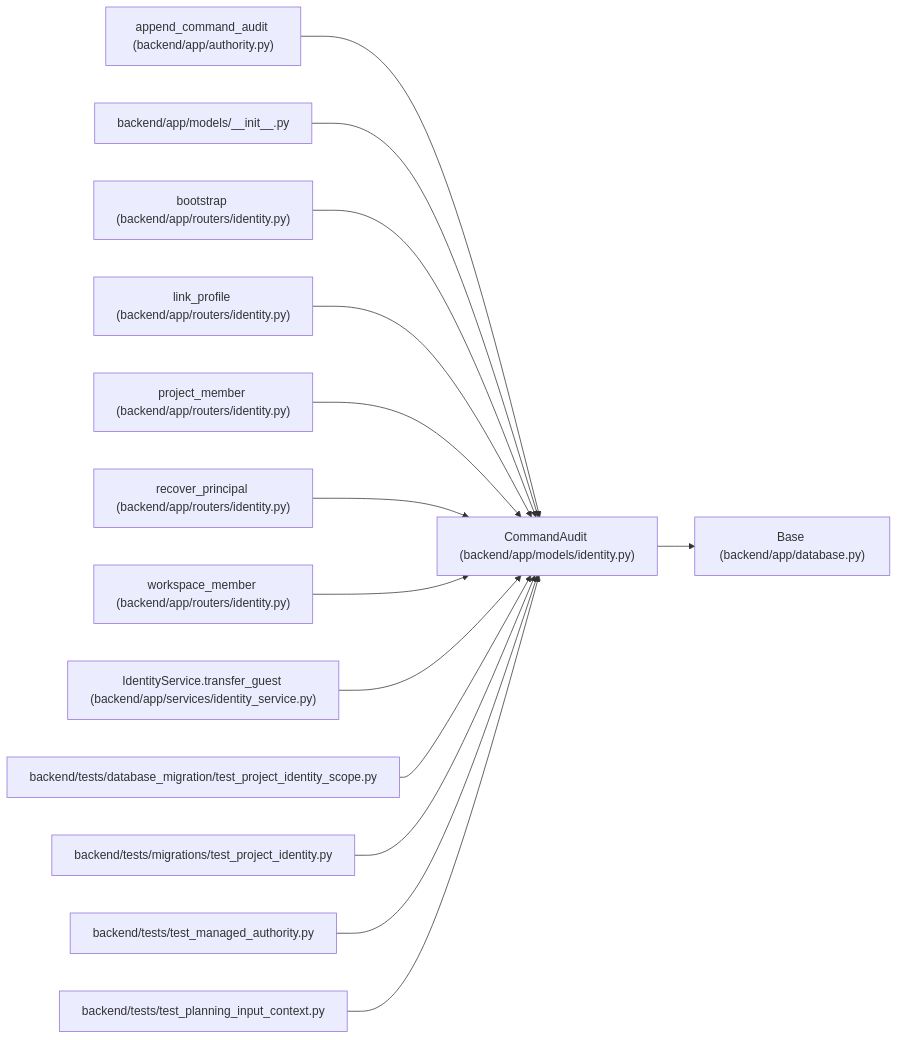
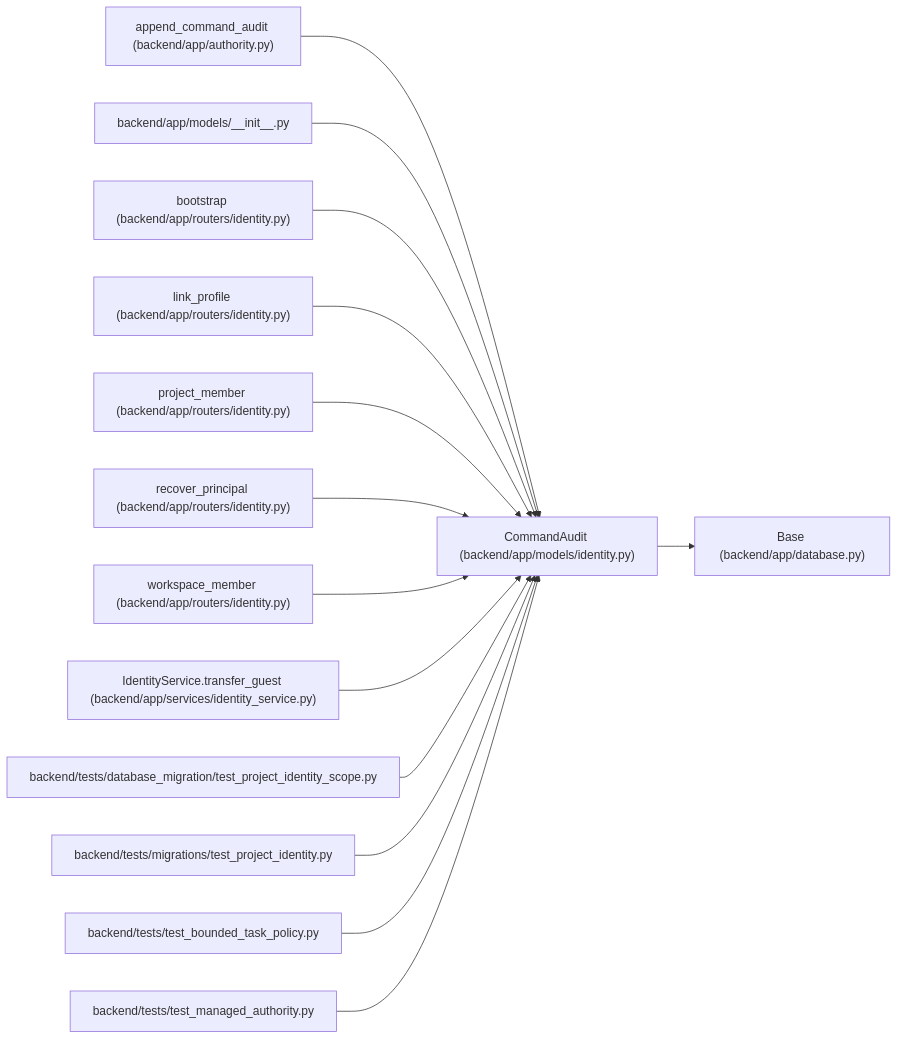
One commit to Denissvgn/WorkChord changed the diagram in docs/llm_wiki/entities/CommandAudit.md. Above: the diagram before and after it, drawn with Mermaid. The commit also changed other lines of this file and 405 other files, not shown here.

Commit message:
docs(wiki): describe coherent editor and bounded policy reads

````diff
--- a/docs/llm_wiki/entities/CommandAudit.md
+++ b/docs/llm_wiki/entities/CommandAudit.md
@@ -33,44 +33,44 @@
 ```mermaid
 flowchart LR
     n0["CommandAudit (backend/app/models/identity.py)"]
     n1["Base (backend/app/database.py)"]
     n2["append_command_audit (backend/app/authority.py)"]
     n3["backend/app/models/__init__.py"]
     n4["bootstrap (backend/app/routers/identity.py)"]
     n5["link_profile (backend/app/routers/identity.py)"]
     n6["project_member (backend/app/routers/identity.py)"]
     n7["recover_principal (backend/app/routers/identity.py)"]
     n8["workspace_member (backend/app/routers/identity.py)"]
     n9["IdentityService.transfer_guest (backend/app/services/identity_service.py)"]
     n10["backend/tests/database_migration/test_project_identity_scope.py"]
     n11["backend/tests/migrations/test_project_identity.py"]
-    n12["backend/tests/test_managed_authority.py"]
-    n13["backend/tests/test_planning_input_context.py"]
+    n12["backend/tests/test_bounded_task_policy.py"]
+    n13["backend/tests/test_managed_authority.py"]
     n0 --> n1
     n2 --> n0
     n3 --> n0
     n4 --> n0
     n5 --> n0
     n6 --> n0
     n7 --> n0
     n8 --> n0
     n9 --> n0
     n10 --> n0
     n11 --> n0
     n12 --> n0
     n13 --> n0
     click n0 "../modules/models_identity.md"
     click n1 "../modules/app_database.md"
     click n2 "../modules/authority.md"
     click n3 "../modules/models___init__.md"
     click n4 "../modules/routers_identity.md"
     click n5 "../modules/routers_identity.md"
     click n6 "../modules/routers_identity.md"
     click n7 "../modules/routers_identity.md"
     click n8 "../modules/routers_identity.md"
     click n9 "../modules/identity_service.md"
     click n10 "../modules/test_project_identity_scope.md"
     click n11 "../modules/test_project_identity.md"
-    click n12 "../modules/test_managed_authority.md"
-    click n13 "../modules/test_planning_input_context.md"
+    click n12 "../modules/test_bounded_task_policy.md"
+    click n13 "../modules/test_managed_authority.md"
 ```
````
